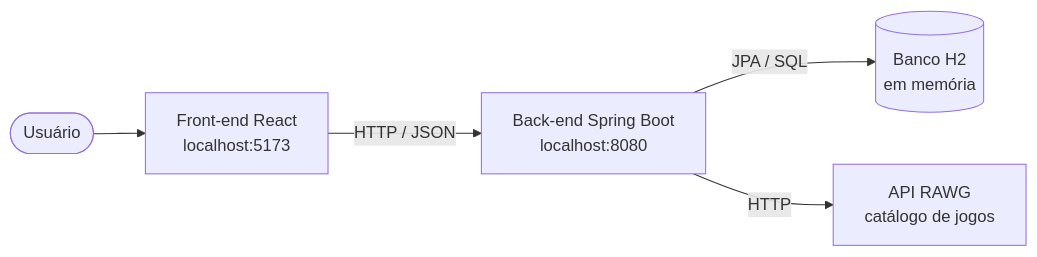
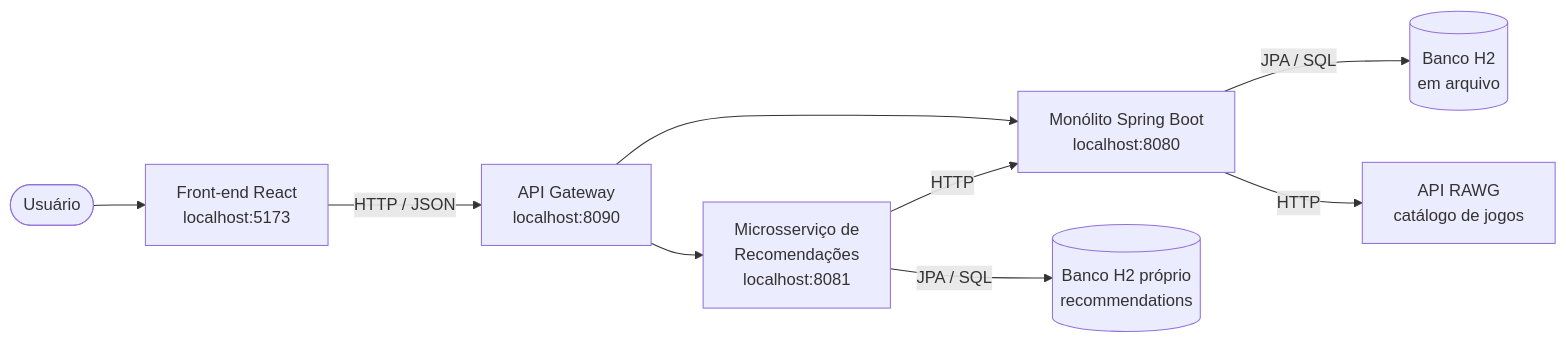
One commit to evertonrocha2/projeto-bloco changed the first of 8 diagrams in docs/ARQUITETURA.md. Above: the diagram before and after it, drawn with Mermaid. The commit also changed other lines of this file, not shown here.

First line of the commit message:
docs: reflect the distributed topology in the architecture document

````diff
--- a/docs/ARQUITETURA.md
+++ b/docs/ARQUITETURA.md
@@ -16,7 +27,11 @@
 ```mermaid
 flowchart LR
     user([Usuário]) --> react[Front-end React<br/>localhost:5173]
-    react -- HTTP / JSON --> api[Back-end Spring Boot<br/>localhost:8080]
-    api -- JPA / SQL --> db[(Banco H2<br/>em memória)]
+    react -- HTTP / JSON --> gw[API Gateway<br/>localhost:8090]
+    gw --> api[Monólito Spring Boot<br/>localhost:8080]
+    gw --> reco[Microsserviço de<br/>Recomendações<br/>localhost:8081]
+    api -- JPA / SQL --> db[(Banco H2<br/>em arquivo)]
+    reco -- JPA / SQL --> db2[(Banco H2 próprio<br/>recommendations)]
+    reco -- HTTP --> api
     api -- HTTP --> rawg[API RAWG<br/>catálogo de jogos]
 ```
````
